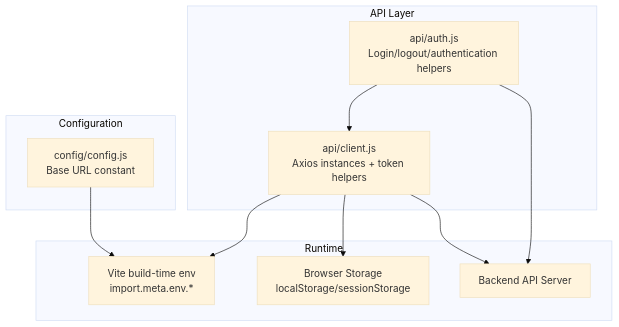
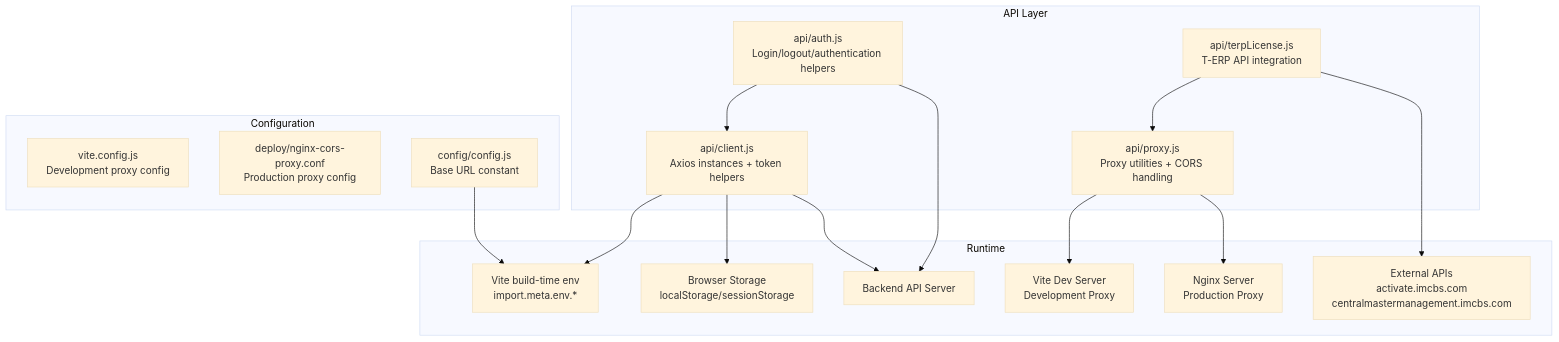
The first of 9 diagrams in .qoder/repowiki/en/content/API Integration Layer/API Client Configuration.md (imcbsglobal/TRELLISCO_ERP_FRONTEND), drawn with Mermaid (base theme) before and after one commit. The commit also changed other lines of this file and 24 other files, not shown here.

````diff
--- a/.qoder/repowiki/en/content/API Integration Layer/API Client Configuration.md
+++ b/.qoder/repowiki/en/content/API Integration Layer/API Client Configuration.md
@@ -32,21 +48,32 @@
 ```mermaid
 graph TB
 subgraph "API Layer"
 CLIENT["api/client.js<br/>Axios instances + token helpers"]
+PROXY["api/proxy.js<br/>Proxy utilities + CORS handling"]
 AUTH["api/auth.js<br/>Login/logout/authentication helpers"]
+TERP["api/terpLicense.js<br/>T-ERP API integration"]
 end
 subgraph "Configuration"
+VITECFG["vite.config.js<br/>Development proxy config"]
+NGINX["deploy/nginx-cors-proxy.conf<br/>Production proxy config"]
 CFG["config/config.js<br/>Base URL constant"]
 end
 subgraph "Runtime"
 VITE["Vite build-time env<br/>import.meta.env.*"]
 STORAGE["Browser Storage<br/>localStorage/sessionStorage"]
+DEVPROXY["Vite Dev Server<br/>Development Proxy"]
+NGINXPROD["Nginx Server<br/>Production Proxy"]
 BACKEND["Backend API Server"]
+EXTERNAL["External APIs<br/>activate.imcbs.com<br/>centralmastermanagement.imcbs.com"]
 end
 CLIENT --> VITE
 CLIENT --> STORAGE
+PROXY --> DEVPROXY
+PROXY --> NGINXPROD
 AUTH --> CLIENT
+TERP --> PROXY
 CFG --> VITE
 CLIENT --> BACKEND
 AUTH --> BACKEND
+TERP --> EXTERNAL
 ```
````
